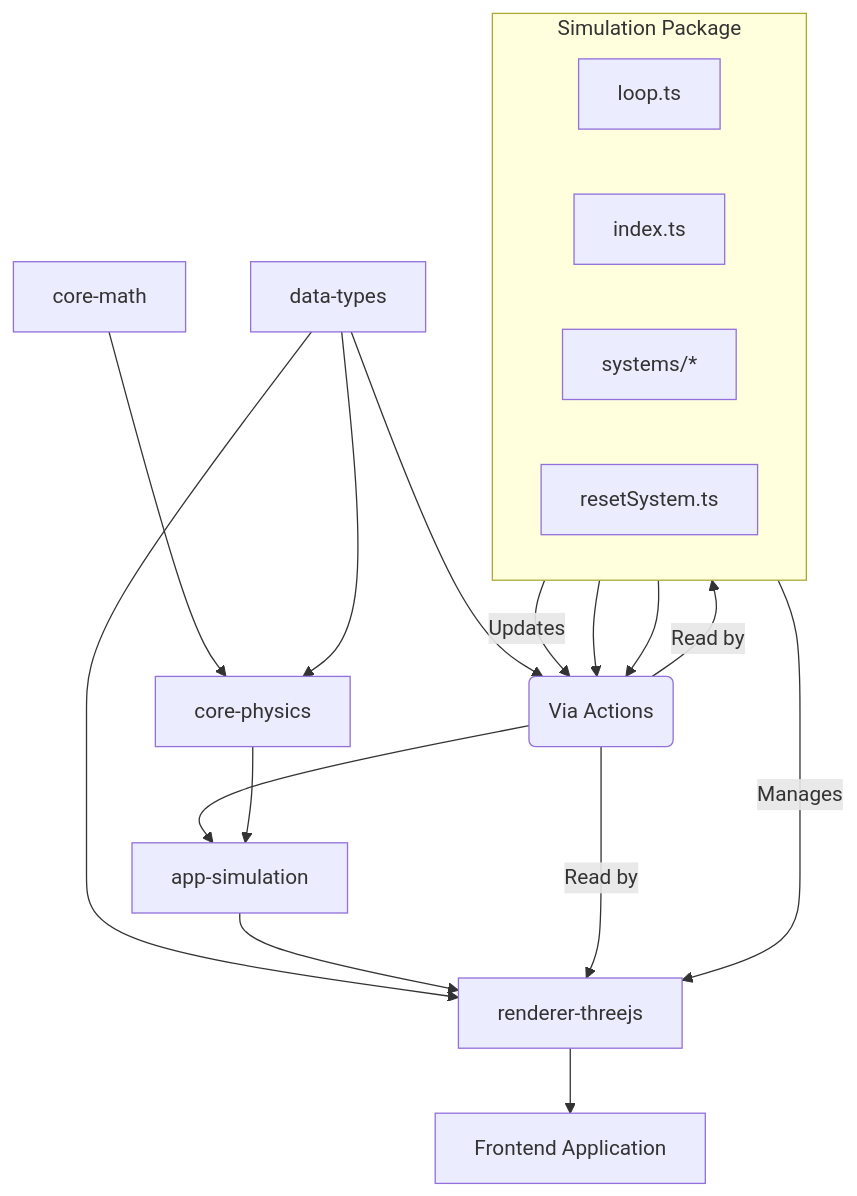
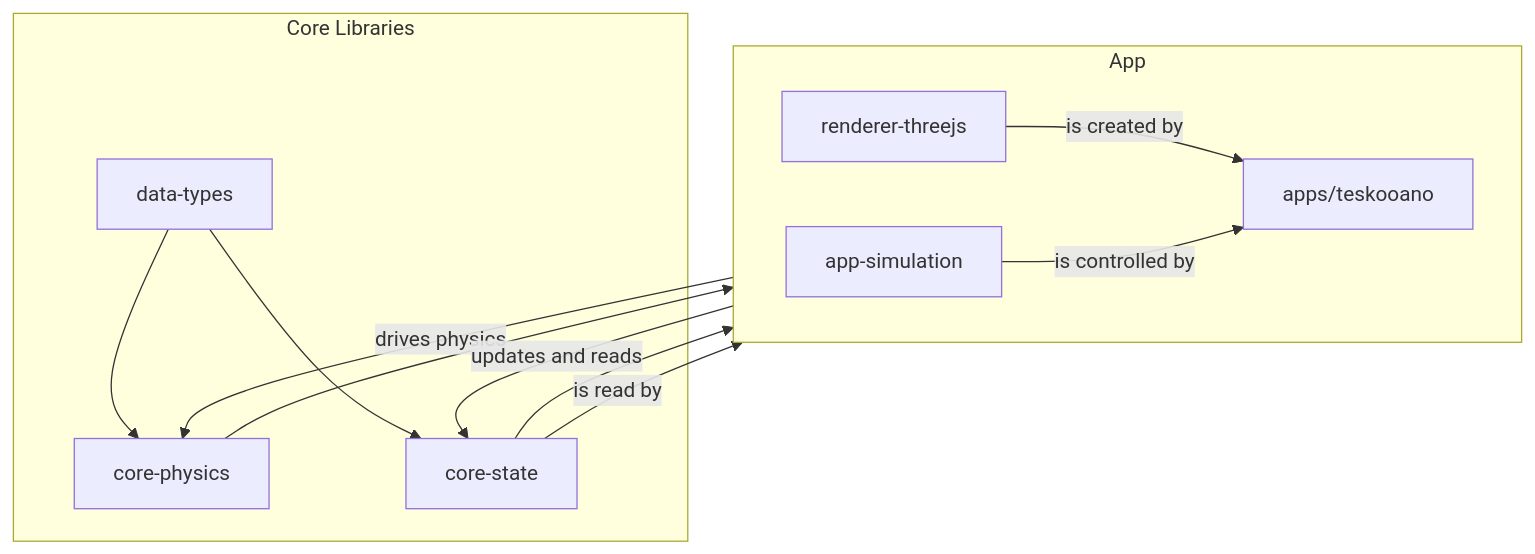
The diagram in packages/app/simulation/README.md (tanepiper/teskooano), drawn with Mermaid before and after one commit. The commit also changed other lines of this file and 6 other files, not shown here.

````diff
--- a/packages/app/simulation/README.md
+++ b/packages/app/simulation/README.md
@@ -13,34 +13,28 @@
 ```mermaid
 graph TD
-    Math[core-math]
-    Physics[core-physics]
-    State[core-state]
-    Types[data-types]
-    Renderer[renderer-threejs]
-    Simulation[app-simulation]
-    Frontend[Frontend Application]
+    subgraph Core Libraries
+        Physics[core-physics]
+        State[core-state]
+        Types[data-types]
+    end
 
-    Math --> Physics
+    subgraph App
+        direction LR
+        Simulation[app-simulation]
+        Renderer[renderer-threejs]
+        Frontend[apps/teskooano]
+    end
+
     Types --> Physics
     Types --> State
-    Types --> Renderer
     State --> Simulation
     Physics --> Simulation
-    Simulation --> Renderer
-    Renderer --> Frontend
 
-    subgraph Simulation Package
-        direction LR
-        Loop[loop.ts]
-        Index[index.ts]
-        Systems[systems/*]
-        Reset[resetSystem.ts]
-    end
+    Simulation -- "drives physics" --> Physics
+    Simulation -- "updates and reads" --> State
 
-    Index -- Manages --> Renderer
-    Loop -- Updates --> State
-    State -- Read by --> Loop
-    State -- Read by --> Renderer
-    Systems --> State(Via Actions)
-    Reset --> State(Via Actions)
+    State -- "is read by" --> Renderer
+    Renderer -- "is created by" --> Frontend
+    Simulation -- "is controlled by" --> Frontend
+
 ```
````
